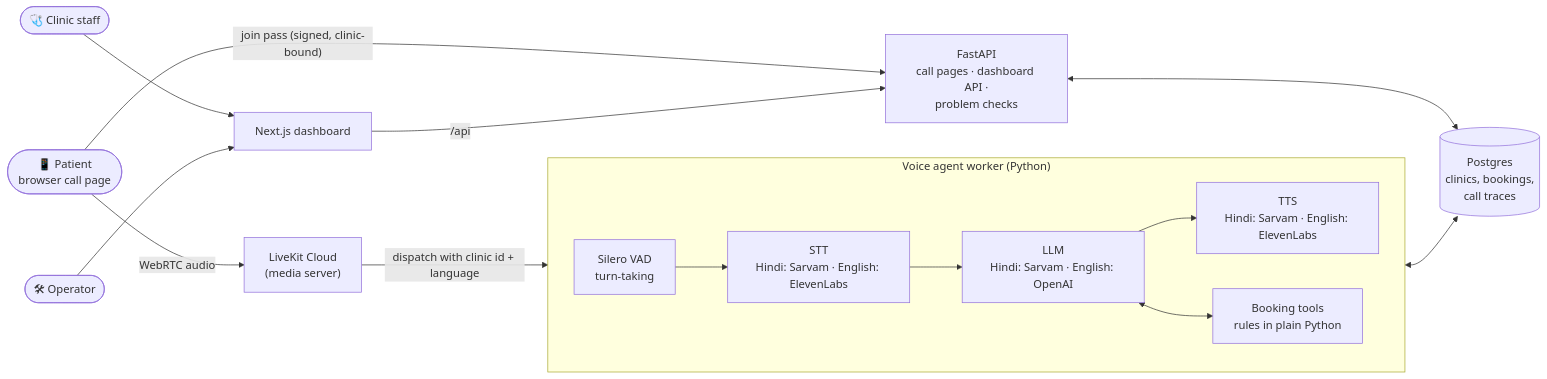
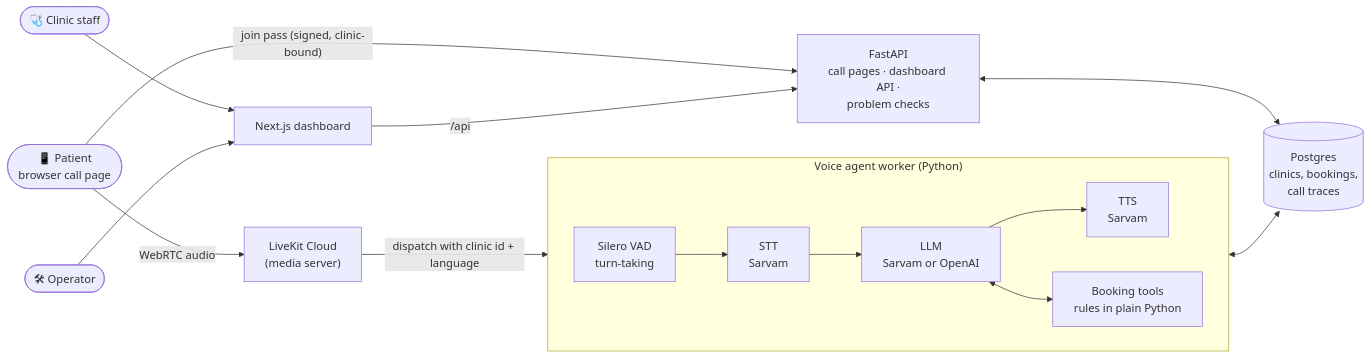
One commit to Harsh251005/clinic-voice-agent changed the diagram in README.md. Above: the diagram before and after it, drawn with Mermaid. The commit also changed other lines of this file and 36 other files, not shown here.

First line of the commit message:
feat(worker): Hindi is the only line; ElevenLabs is gone

````diff
--- a/README.md
+++ b/README.md
@@ -46,17 +45,17 @@
 ```mermaid
 flowchart LR
     caller(["📱 Patient<br/>browser call page"]) -- WebRTC audio --> lk["LiveKit Cloud<br/>(media server)"]
     lk -- dispatch with clinic id + language --> worker
 
     subgraph worker["Voice agent worker (Python)"]
         direction LR
-        vad["Silero VAD<br/>turn-taking"] --> stt["STT<br/>Hindi: Sarvam · English: ElevenLabs"] --> llm["LLM<br/>Hindi: Sarvam · English: OpenAI"] --> tts["TTS<br/>Hindi: Sarvam · English: ElevenLabs"]
+        vad["Silero VAD<br/>turn-taking"] --> stt["STT<br/>Sarvam"] --> llm["LLM<br/>Sarvam or OpenAI"] --> tts["TTS<br/>Sarvam"]
         llm <--> tools["Booking tools<br/>rules in plain Python"]
     end
 
     tools <--> db[("Postgres<br/>clinics, bookings,<br/>call traces")]
     api["FastAPI<br/>call pages · dashboard API ·<br/>problem checks"] <--> db
     caller -- "join pass (signed, clinic-bound)" --> api
     staff(["🩺 Clinic staff"]) --> web["Next.js dashboard"] -- /api --> api
     ops(["🛠 Operator"]) --> web
 ```
````
